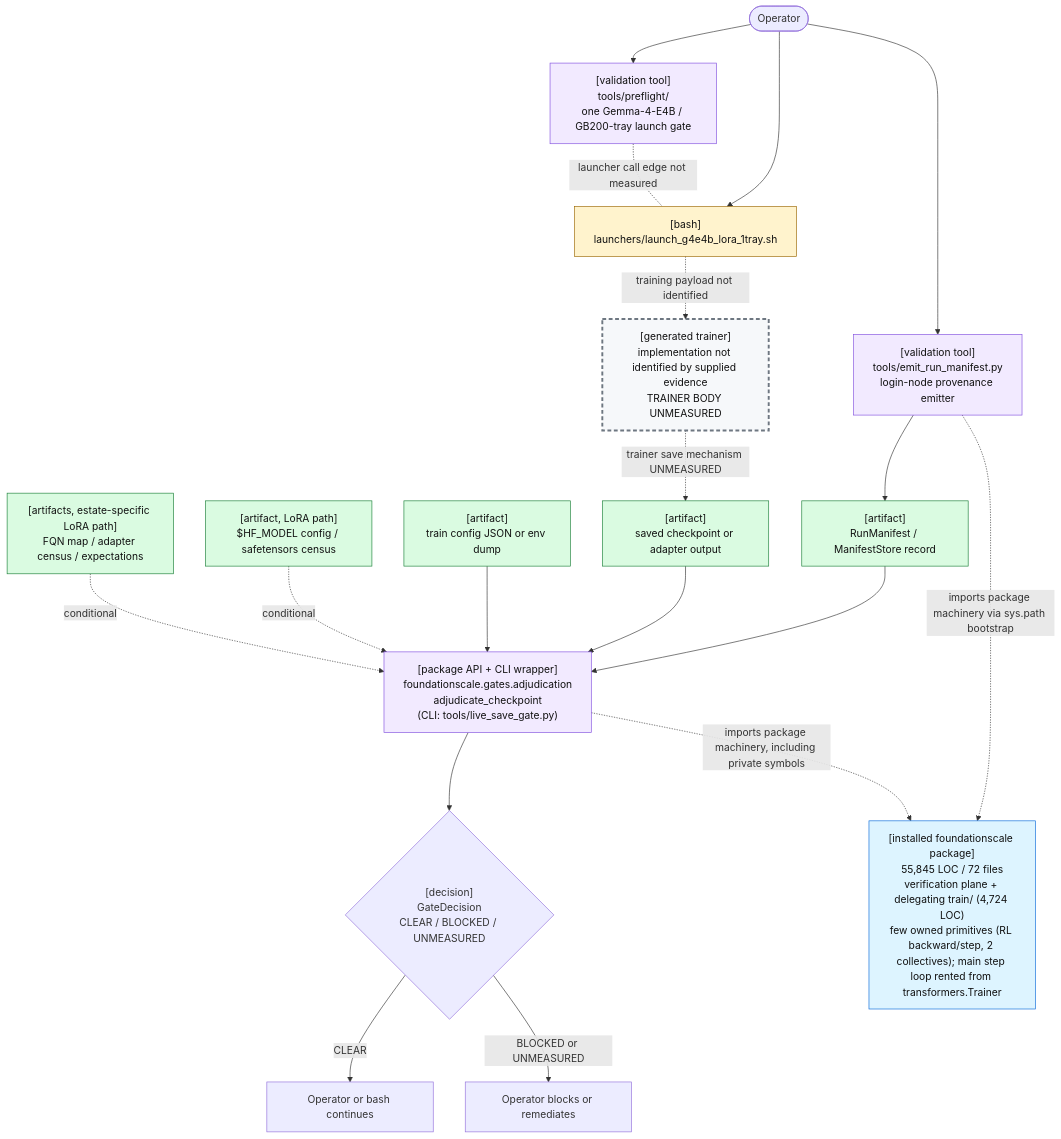
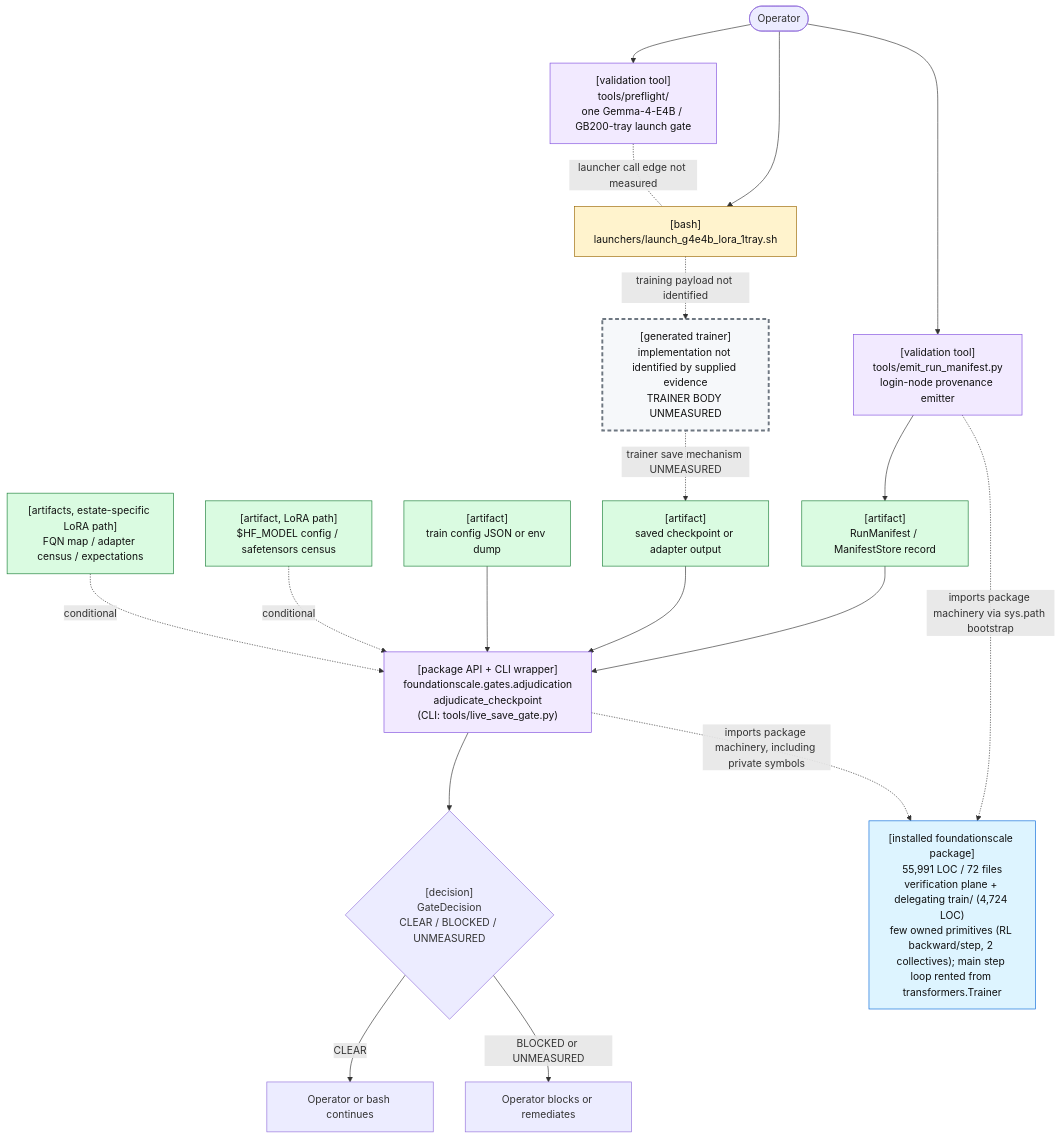
Before and after one commit to TranNhiem/FoundationScale: the first of 2 diagrams in docs/review/D2_current_architecture.md, drawn with Mermaid. The commit also changed other lines of this file and 12 other files, not shown here.

````diff
--- a/docs/review/D2_current_architecture.md
+++ b/docs/review/D2_current_architecture.md
@@ -25,59 +25,59 @@
 ```mermaid
 flowchart TB
   O(["Operator"])
 
   PF["[validation tool]<br/>tools/preflight/<br/>one Gemma-4-E4B / GB200-tray launch gate"]
   L["[bash]<br/>launchers/launch_g4e4b_lora_1tray.sh"]
 
   E["[validation tool]<br/>tools/emit_run_manifest.py<br/>login-node provenance emitter"]
   M["[artifact]<br/>RunManifest / ManifestStore record"]
 
   T["[generated trainer]<br/>implementation not identified by supplied evidence<br/>TRAINER BODY UNMEASURED"]
   C["[artifact]<br/>saved checkpoint or adapter output"]
 
   G["[package API + CLI wrapper]<br/>foundationscale.gates.adjudication<br/>adjudicate_checkpoint<br/>(CLI: tools/live_save_gate.py)"]
   CFG["[artifact]<br/>train config JSON or env dump"]
   BASE["[artifact, LoRA path]<br/>$HF_MODEL config / safetensors census"]
   CEN["[artifacts, estate-specific LoRA path]<br/>FQN map / adapter census / expectations"]
 
   D{"[decision]<br/>GateDecision<br/>CLEAR / BLOCKED / UNMEASURED"}
   OK["Operator or bash continues"]
   NO["Operator blocks or remediates"]
 
-  PKG["[installed foundationscale package]<br/>55,845 LOC / 72 files<br/>verification plane + delegating train/ (4,724 LOC)<br/>few owned primitives (RL backward/step, 2 collectives); main step loop rented from transformers.Trainer"]
+  PKG["[installed foundationscale package]<br/>55,991 LOC / 72 files<br/>verification plane + delegating train/ (4,724 LOC)<br/>few owned primitives (RL backward/step, 2 collectives); main step loop rented from transformers.Trainer"]
 
   O --> PF
   O --> L
   PF -. "launcher call edge not measured" .- L
 
   O --> E
   E --> M
 
   L -. "training payload not identified" .-> T
   T -. "trainer save mechanism UNMEASURED" .-> C
 
   M --> G
   C --> G
   CFG --> G
   BASE -. "conditional" .-> G
   CEN -. "conditional" .-> G
 
   E -. "imports package machinery via sys.path bootstrap" .-> PKG
   G -. "imports package machinery, including private symbols" .-> PKG
 
   G --> D
   D -->|"CLEAR"| OK
   D -->|"BLOCKED or UNMEASURED"| NO
 
   classDef bash fill:#fff3cd,stroke:#9a6700,color:#111;
   classDef tool fill:#f2eaff,stroke:#8250df,color:#111;
   classDef artifact fill:#dafbe1,stroke:#1a7f37,color:#111;
   classDef gap fill:#f6f8fa,stroke:#6e7781,stroke-width:3px,stroke-dasharray: 6 4,color:#111;
   classDef pkg fill:#ddf4ff,stroke:#0969da,color:#111;
 
   class L bash;
   class PF,E,G tool;
   class M,C,CFG,BASE,CEN artifact;
   class T gap;
   class PKG pkg;
 ```
````
